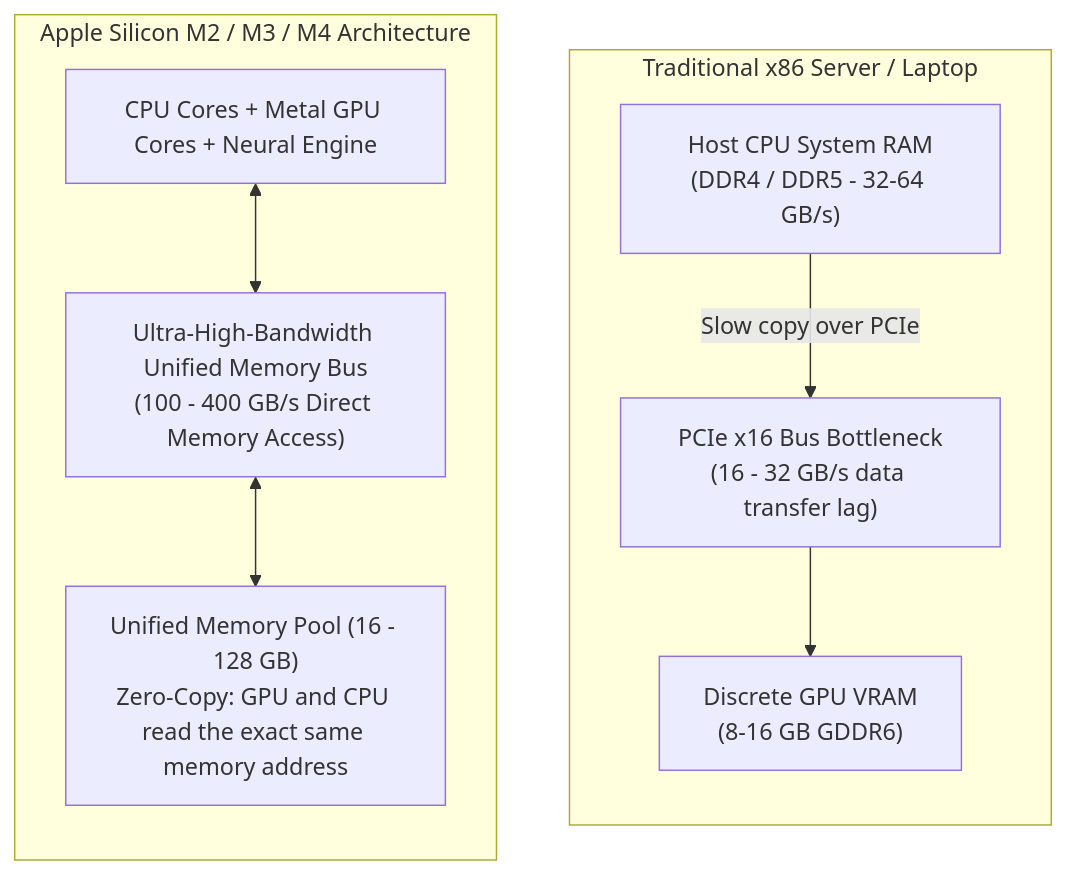
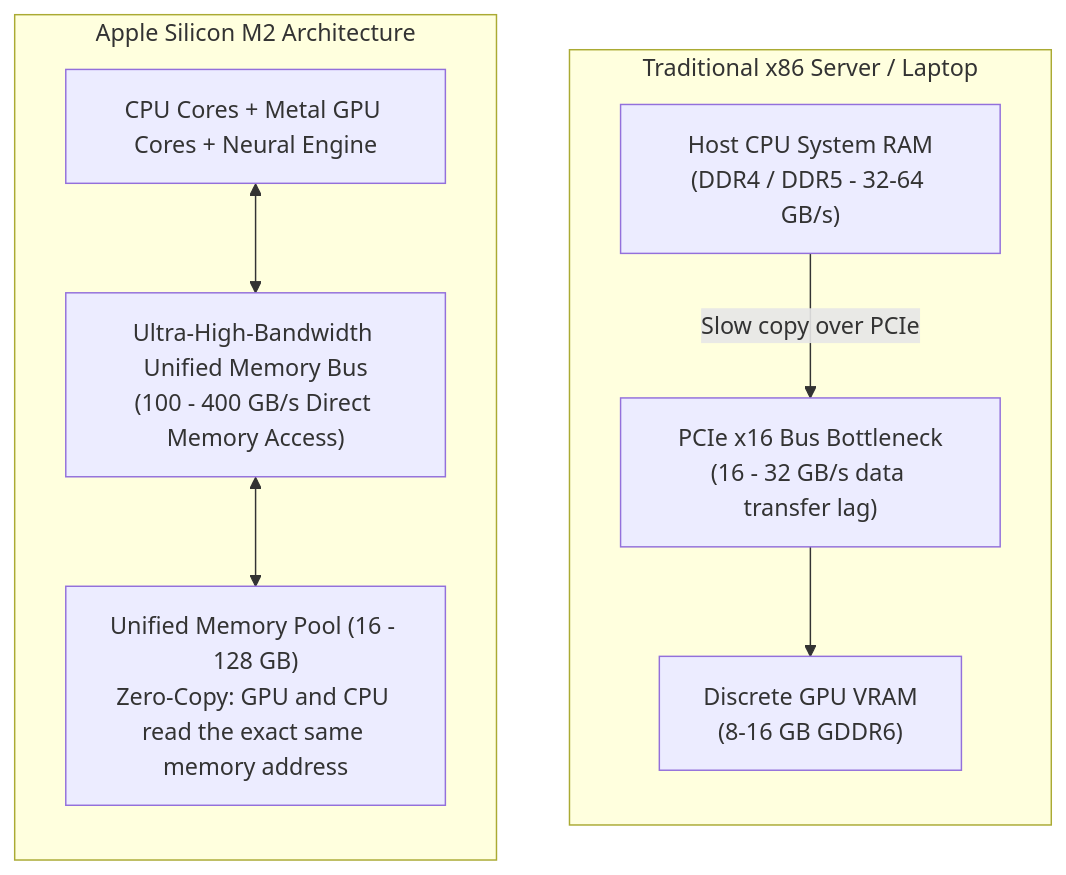
The first of 2 diagrams in docs/training/MODULE_02_HARDWARE_APPLE_SILICON_M2_AND_PODMAN.md (kk-ecu/light-weight-agentic-engineering), drawn with Mermaid before and after one commit. The commit also changed 14 other files, not shown here.

First line of the commit message:
feat: add architecture documentation view

````diff
--- a/docs/training/MODULE_02_HARDWARE_APPLE_SILICON_M2_AND_PODMAN.md
+++ b/docs/training/MODULE_02_HARDWARE_APPLE_SILICON_M2_AND_PODMAN.md
@@ -24,18 +24,18 @@
 ```mermaid
 flowchart TD
     subgraph Traditional["Traditional x86 Server / Laptop"]
         direction TB
         HostRAM["Host CPU System RAM\n(DDR4 / DDR5 - 32-64 GB/s)"]
         PCIeBus["PCIe x16 Bus Bottleneck\n(16 - 32 GB/s data transfer lag)"]
         DiscreteVRAM["Discrete GPU VRAM\n(8-16 GB GDDR6)"]
         HostRAM -->|Slow copy over PCIe| PCIeBus --> DiscreteVRAM
     end
 
-    subgraph AppleM2["Apple Silicon M2 / M3 / M4 Architecture"]
+    subgraph AppleM2["Apple Silicon M2 Architecture"]
         direction TB
         UnifiedBus["Ultra-High-Bandwidth Unified Memory Bus\n(100 - 400 GB/s Direct Memory Access)"]
         M2Cores["CPU Cores + Metal GPU Cores + Neural Engine"]
         UnifiedRAM["Unified Memory Pool (16 - 128 GB)\nZero-Copy: GPU and CPU read the exact same memory address"]
         M2Cores <--> UnifiedBus <--> UnifiedRAM
     end
 ```
````
